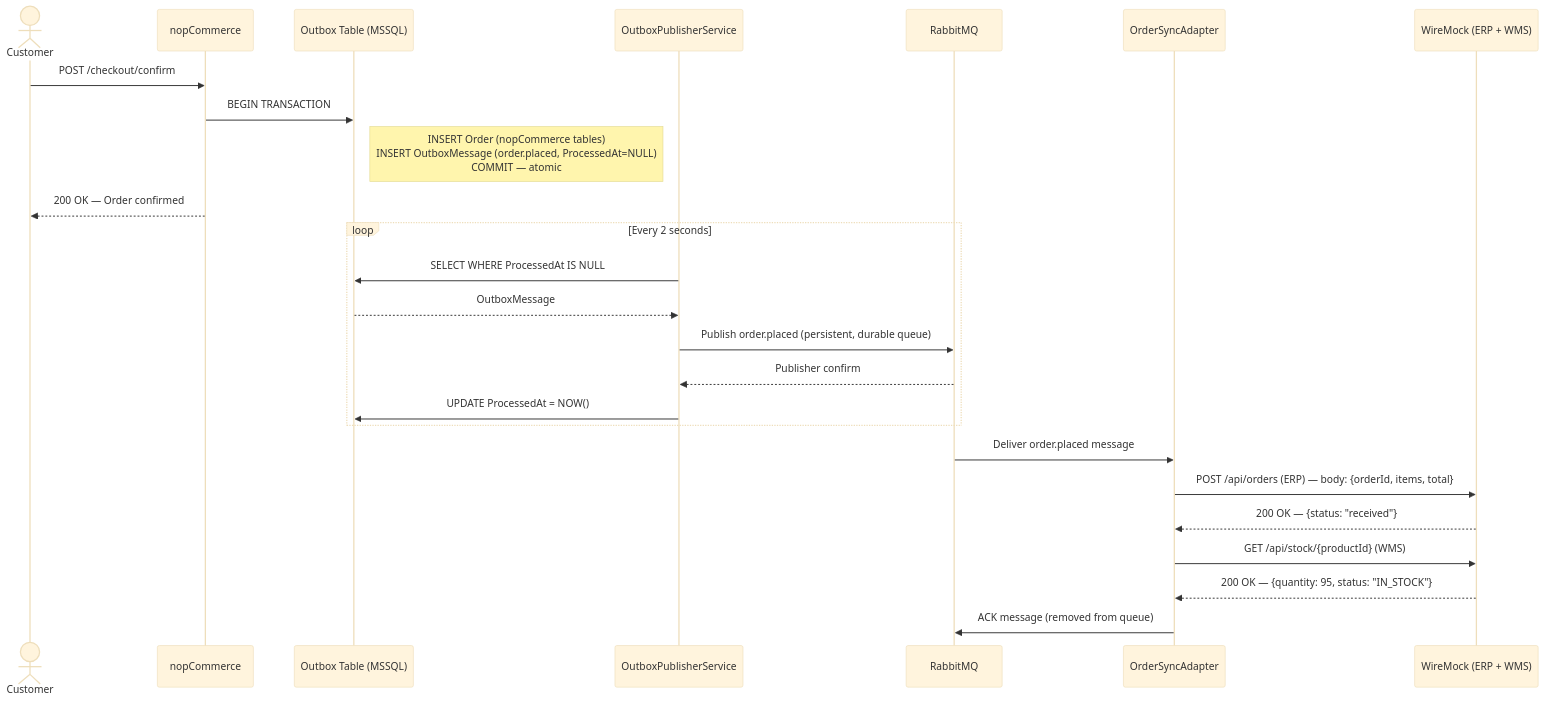
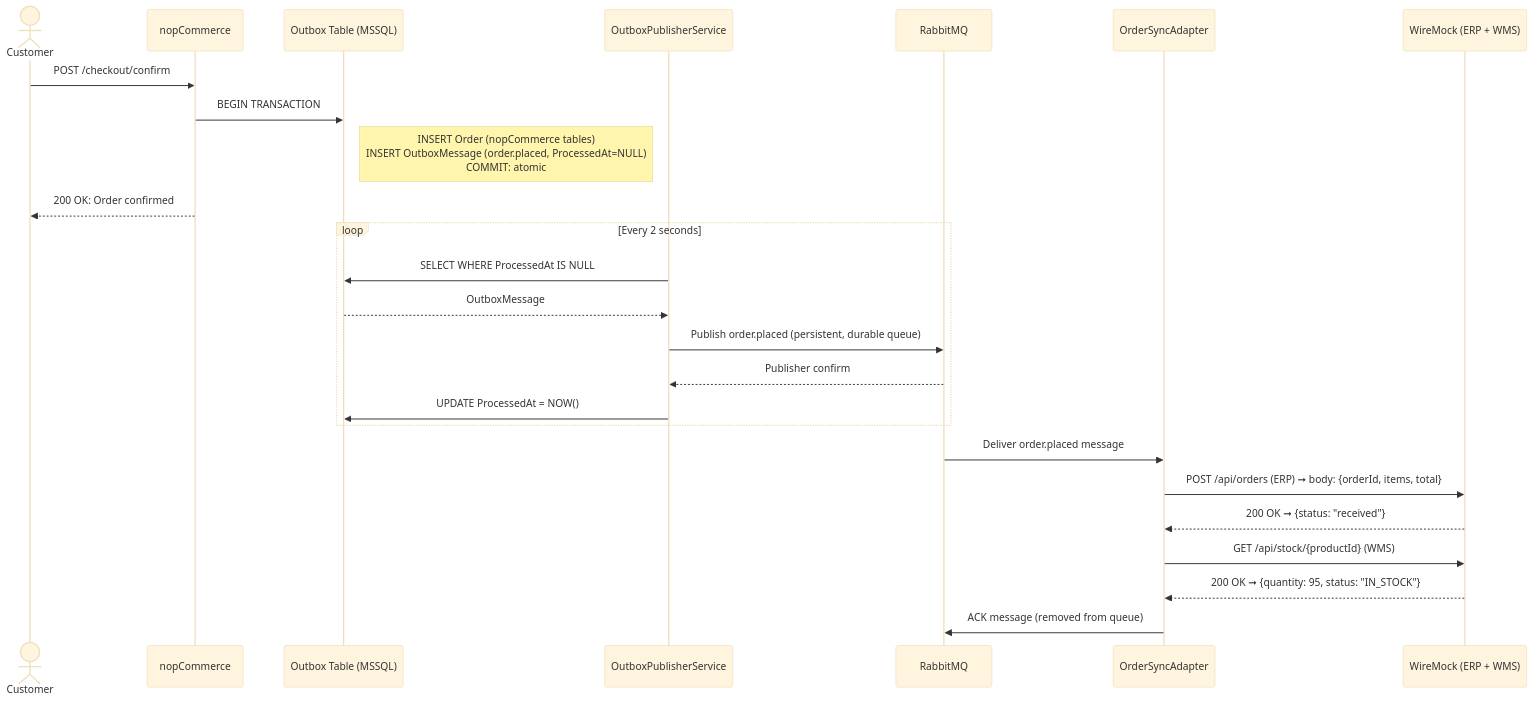
Before and after one commit to Assignment2-AS/nopCommerce-Omnichannel-Core: the first of 3 diagrams in docs/runtime-interaction-diagrams.md, drawn with Mermaid (base theme). The commit also changed other lines of this file and 4 other files, not shown here.

Commit message:
docs: add runtime interaction diagram PNG exports and update README

````diff
--- a/docs/runtime-interaction-diagrams.md
+++ b/docs/runtime-interaction-diagrams.md
@@ -13,30 +13,30 @@
 ```mermaid
 sequenceDiagram
     actor Customer
     participant nopCommerce
     participant OutboxDB as Outbox Table (MSSQL)
     participant OutboxSvc as OutboxPublisherService
     participant RabbitMQ
     participant OrderSync as OrderSyncAdapter
     participant WireMock as WireMock (ERP + WMS)
 
     Customer->>nopCommerce: POST /checkout/confirm
     nopCommerce->>OutboxDB: BEGIN TRANSACTION
-    note right of OutboxDB: INSERT Order (nopCommerce tables)<br/>INSERT OutboxMessage (order.placed, ProcessedAt=NULL)<br/>COMMIT — atomic
-    nopCommerce-->>Customer: 200 OK — Order confirmed
+    note right of OutboxDB: INSERT Order (nopCommerce tables)<br/>INSERT OutboxMessage (order.placed, ProcessedAt=NULL)<br/>COMMIT: atomic
+    nopCommerce-->>Customer: 200 OK: Order confirmed
 
     loop Every 2 seconds
         OutboxSvc->>OutboxDB: SELECT WHERE ProcessedAt IS NULL
         OutboxDB-->>OutboxSvc: OutboxMessage #N (CorrelationId = OrderId)
         OutboxSvc->>RabbitMQ: Publish order.placed (persistent, durable queue)
         RabbitMQ-->>OutboxSvc: Publisher confirm
         OutboxSvc->>OutboxDB: UPDATE ProcessedAt = NOW()
     end
 
     RabbitMQ->>OrderSync: Deliver order.placed message
-    OrderSync->>WireMock: POST /api/orders (ERP) — body: {orderId, items, total}
-    WireMock-->>OrderSync: 200 OK — {status: "received"}
+    OrderSync->>WireMock: POST /api/orders (ERP) ➞ body: {orderId, items, total}
+    WireMock-->>OrderSync: 200 OK ➞ {status: "received"}
     OrderSync->>WireMock: GET /api/stock/{productId} (WMS)
-    WireMock-->>OrderSync: 200 OK — {quantity: 95, status: "IN_STOCK"}
+    WireMock-->>OrderSync: 200 OK ➞ {quantity: 95, status: "IN_STOCK"}
     OrderSync->>RabbitMQ: ACK message (removed from queue)
 ```
````
